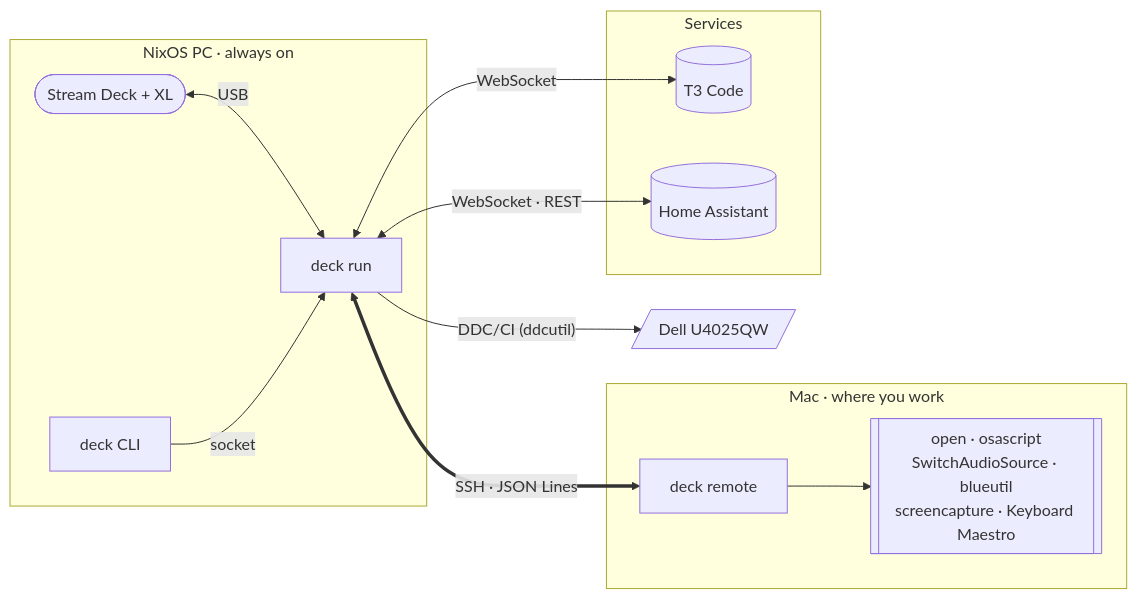
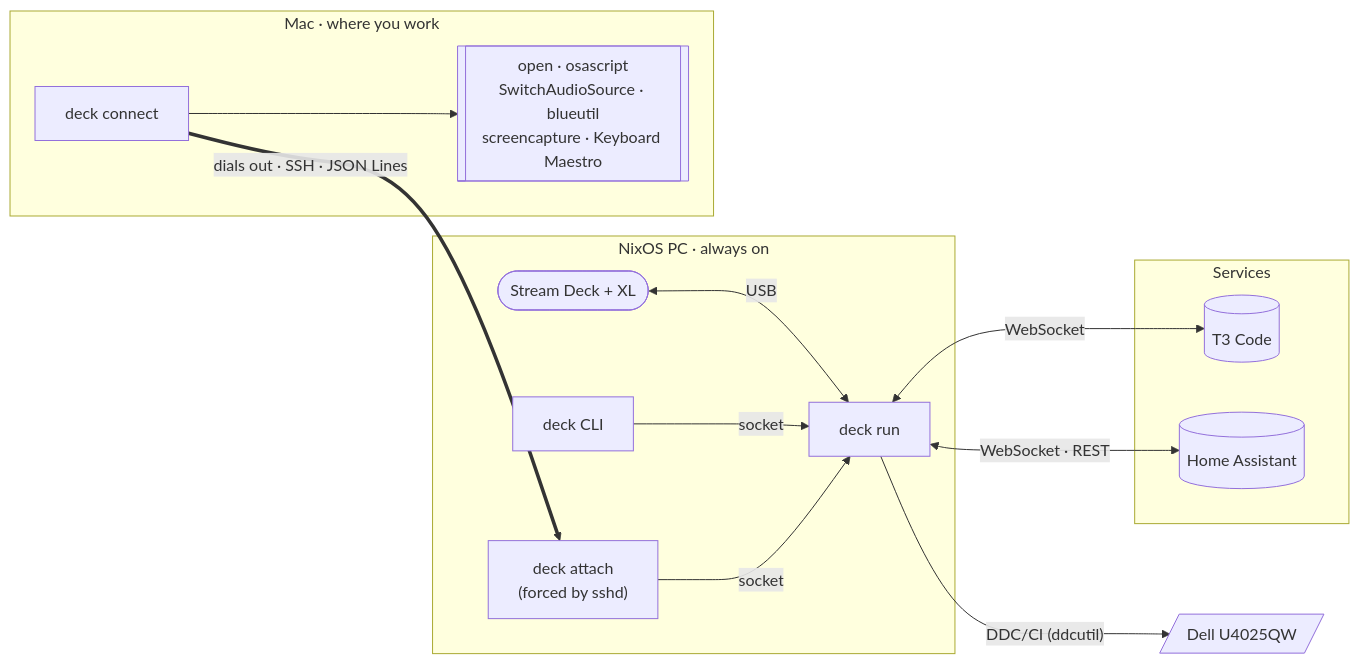
Before and after one commit to basnijholt/streamdeck: the diagram in README.md, drawn with Mermaid. The commit also changed other lines of this file and 24 other files, not shown here.

Commit message:
feat: Macs dial in: deck connect on the Mac, deck attach on the PC

````diff
--- a/README.md
+++ b/README.md
@@ -51,24 +54,26 @@
 ```mermaid
 flowchart LR
     subgraph PC["NixOS PC · always on"]
         deck(["Stream Deck + XL"])
         daemon["deck run"]
+        attach["deck attach<br/>(forced by sshd)"]
         cli["deck CLI"]
         deck <-- USB --> daemon
         cli -- socket --> daemon
+        attach -- socket --> daemon
     end
     subgraph Mac["Mac · where you work"]
-        remote["deck remote"]
+        connect["deck connect"]
         tools[["open · osascript<br/>SwitchAudioSource · blueutil<br/>screencapture · Keyboard Maestro"]]
-        remote --> tools
+        connect --> tools
     end
     subgraph LAN["Services"]
         t3[("T3 Code")]
         ha[("Home Assistant")]
     end
     monitor[/"Dell U4025QW"/]
-    daemon <== "SSH · JSON Lines" ==> remote
+    connect == "dials out · SSH · JSON Lines" ==> attach
     daemon <-- WebSocket --> t3
     daemon <-- "WebSocket · REST" --> ha
     daemon -- "DDC/CI (ddcutil)" --> monitor
 ```
````
